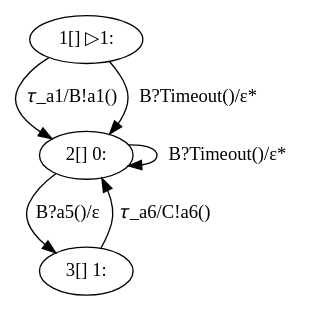
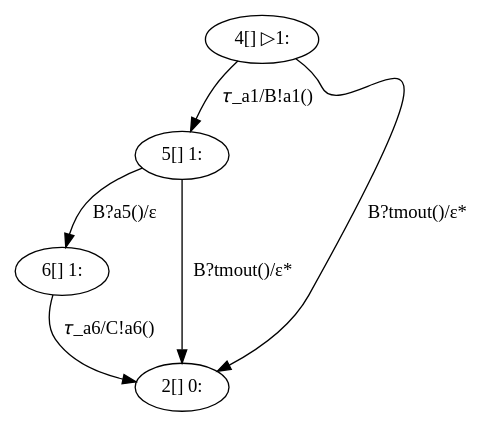
Before and after one commit to LauraVoinea/scribble-java: the diagram in generated/Timeout/A.dot, drawn with Graphviz. The commit also changed 16 other files, not shown here.

```diff
--- a/generated/Timeout/A.dot
+++ b/generated/Timeout/A.dot
@@ -1,12 +1,12 @@
 digraph G {
 compound = true;
-"1" [ label="1[] ▷1:" ];
-"2" [ label="2[] 1:" ];
-"3" [ label="3[] 1:" ];
+"4" [ label="4[] ▷1:" ];
+"5" [ label="5[] 1:" ];
+"6" [ label="6[] 1:" ];
 "2" [ label="2[] 0:" ];
-"1" -> "2" [ label="𝜏_a1/B!a1()" ];
-"1" -> "2" [ label="B?Timeout()/ε*" ];
-"3" -> "2" [ label="𝜏_a6/C!a6()" ];
-"2" -> "2" [ label="B?Timeout()/ε*" ];
-"2" -> "3" [ label="B?a5()/ε" ];
+"6" -> "2" [ label="𝜏_a6/C!a6()" ];
+"5" -> "2" [ label="B?tmout()/ε*" ];
+"4" -> "5" [ label="𝜏_a1/B!a1()" ];
+"4" -> "2" [ label="B?tmout()/ε*" ];
+"5" -> "6" [ label="B?a5()/ε" ];
 }
```
